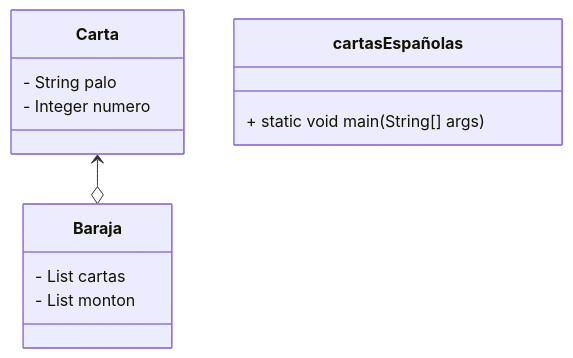
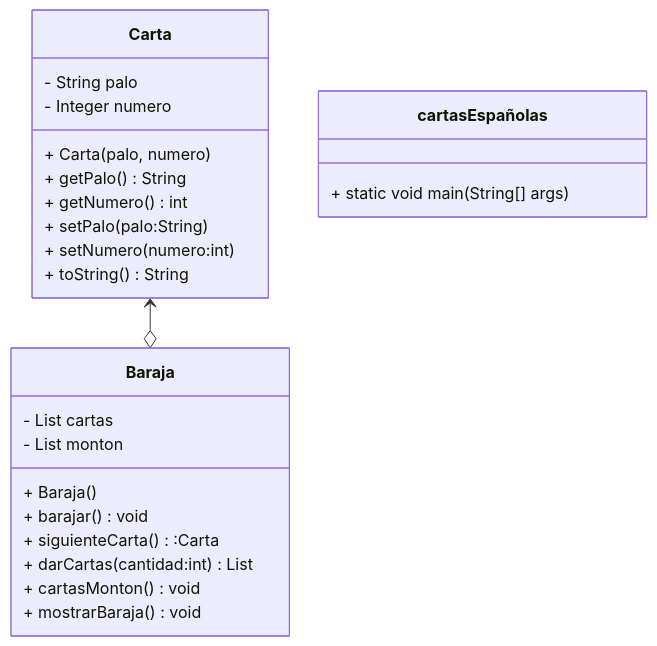
The diagram in uml-class-diagram.md (HollmannCod3/Actividad-aulica-1), drawn with Mermaid before and after one commit.

````diff
--- a/uml-class-diagram.md
+++ b/uml-class-diagram.md
@@ -1,19 +1,30 @@
 ```mermaid
 classDiagram
     class Carta{
         - String palo
         - Integer numero
-
+        + Carta(palo, numero)
+        + getPalo() String
+        + getNumero() int
+        + setPalo(palo:String)
+        + setNumero(numero:int)
+        + toString()String
     }
 
     class Baraja {
         - List<Carta> cartas
         - List<Carta> monton
+        + Baraja()
+        + barajar() void
+        + siguienteCarta():Carta
+        + darCartas(cantidad:int) List<Carta>
+        + cartasMonton() void
+        + mostrarBaraja() void
 
     }
     Carta <--o Baraja
 
 
 
 cartas Españolas: + static void main(String[] args)
 ```
````
